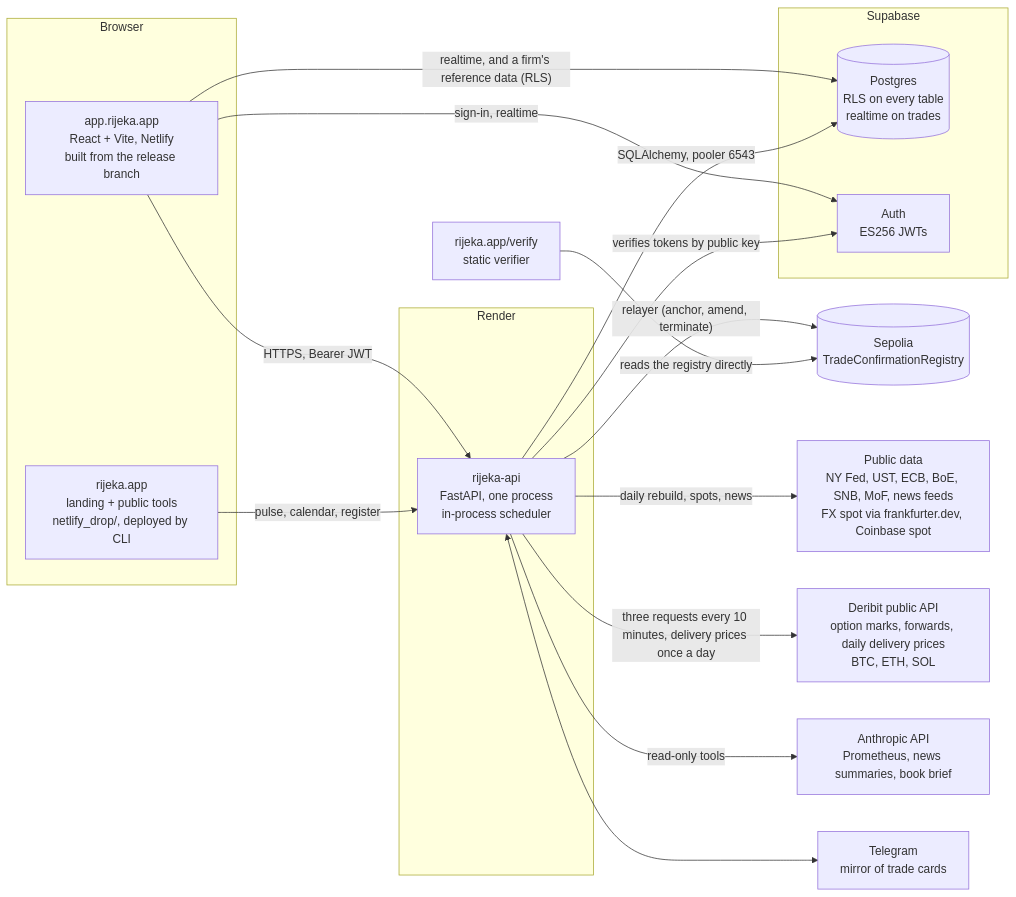
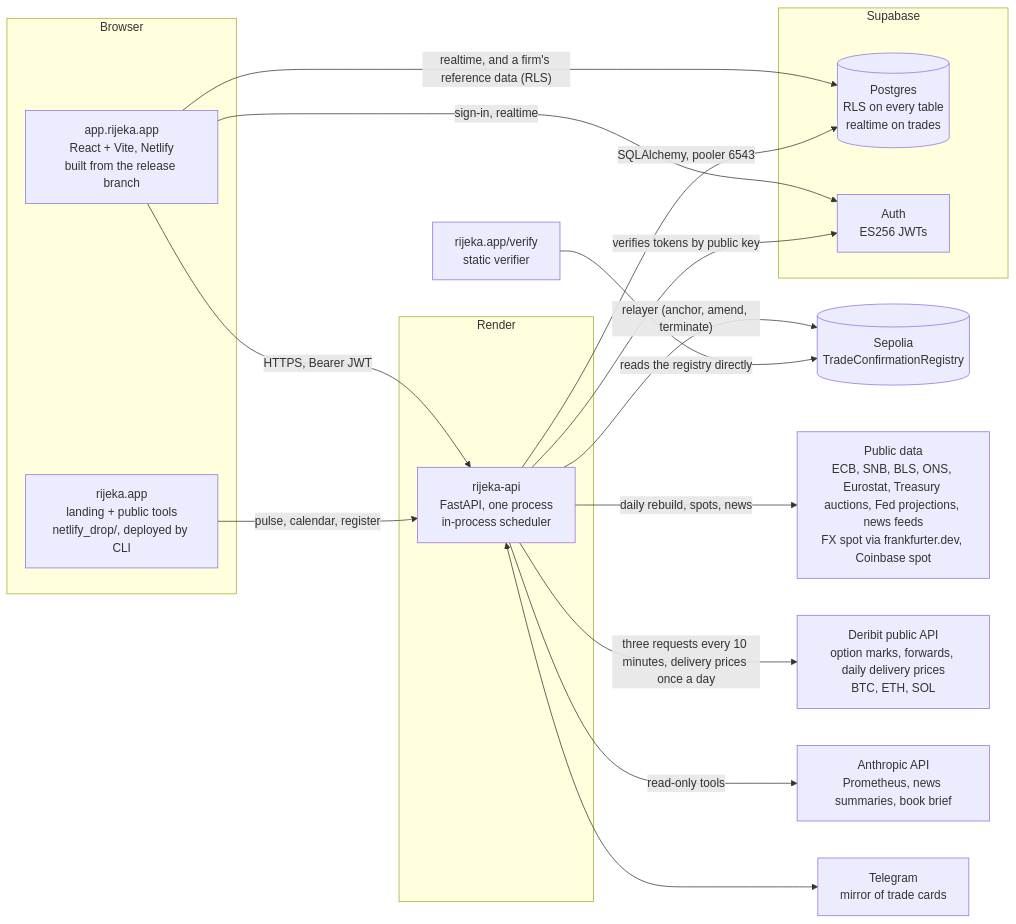
Before and after one commit to MikoDevedzic/rijeka: the diagram in docs/architecture.md, drawn with Mermaid. The commit also changed other lines of this file and 35 other files, not shown here.

````diff
--- a/docs/architecture.md
+++ b/docs/architecture.md
@@ -9,31 +9,31 @@
 ```mermaid
 flowchart LR
   subgraph Browser
     APP[app.rijeka.app<br/>React + Vite, Netlify<br/>built from the release branch]
     LAND[rijeka.app<br/>landing + public tools<br/>netlify_drop/, deployed by CLI]
   end
   subgraph Render
     API[rijeka-api<br/>FastAPI, one process<br/>in-process scheduler]
   end
   subgraph Supabase
     PG[(Postgres<br/>RLS on every table<br/>realtime on trades)]
     AUTH[Auth<br/>ES256 JWTs]
   end
   CHAIN[(Sepolia<br/>TradeConfirmationRegistry)]
-  PUB[Public data<br/>NY Fed, UST, ECB, BoE, SNB, MoF, news feeds<br/>FX spot via frankfurter.dev, Coinbase spot]
+  PUB[Public data<br/>ECB, SNB, BLS, ONS, Eurostat, Treasury auctions, Fed projections, news feeds<br/>FX spot via frankfurter.dev, Coinbase spot]
   VENUE[Deribit public API<br/>option marks, forwards, daily delivery prices<br/>BTC, ETH, SOL]
   ANTH[Anthropic API<br/>Prometheus, news summaries, book brief]
   TG[Telegram<br/>mirror of trade cards]
   APP -- "HTTPS, Bearer JWT" --> API
   APP -- "sign-in, realtime" --> AUTH
   APP -- "realtime, and a firm's reference data (RLS)" --> PG
   API -- "SQLAlchemy, pooler 6543" --> PG
   API -- "verifies tokens by public key" --> AUTH
   API -- "relayer (anchor, amend, terminate)" --> CHAIN
   API -- "daily rebuild, spots, news" --> PUB
   API -- "three requests every 10 minutes, delivery prices once a day" --> VENUE
   API -- "read-only tools" --> ANTH
   API <--> TG
   LAND -- "pulse, calendar, register" --> API
   VERIFY[rijeka.app/verify<br/>static verifier] -- "reads the registry directly" --> CHAIN
 ```
````
